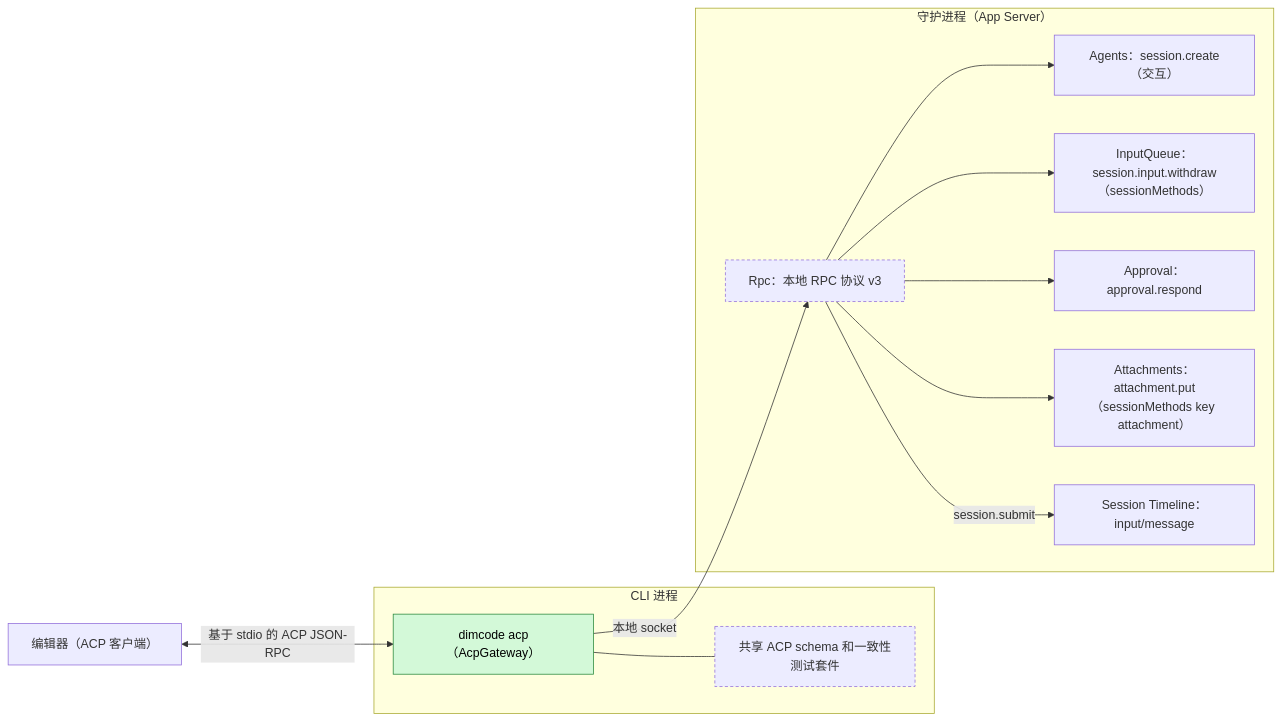
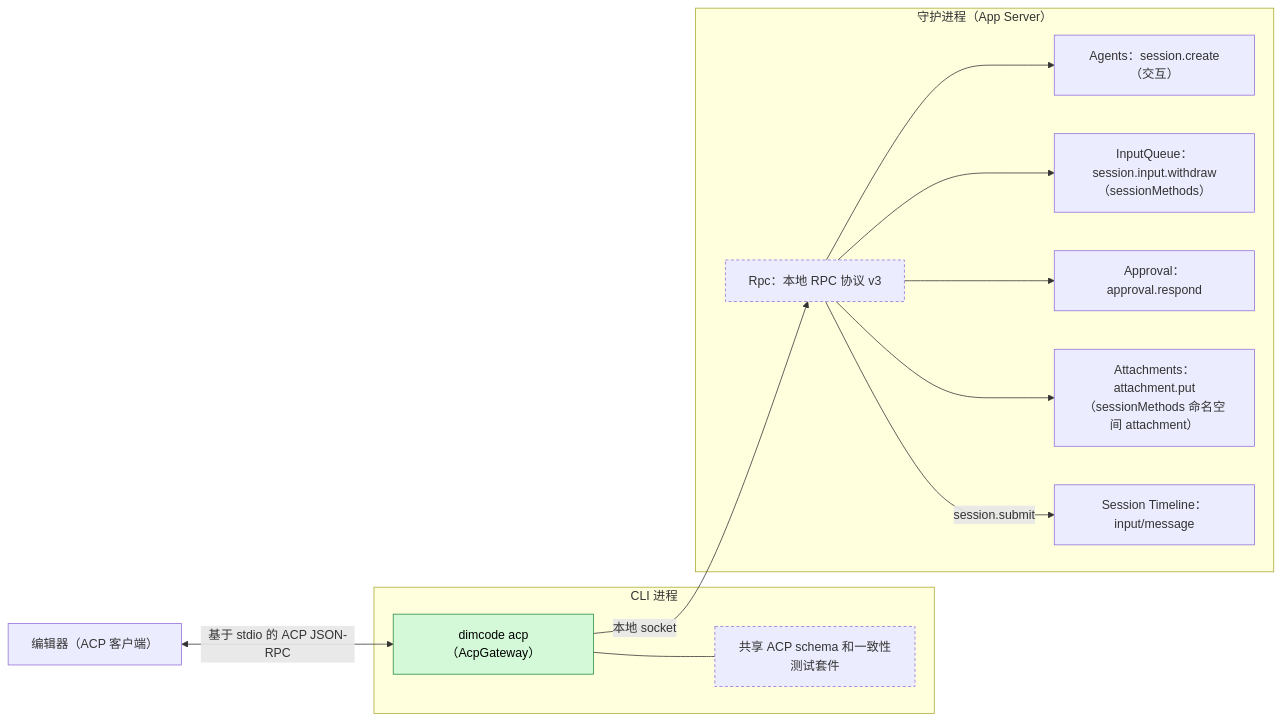
One commit to CoutinhoTTS/dim-agent changed the first of 5 diagrams in docs/zh/design/plugins/AcpGateway.md. Above: the diagram before and after it, drawn with Mermaid. The commit also changed other lines of this file and 163 other files, not shown here.

````diff
--- a/docs/zh/design/plugins/AcpGateway.md
+++ b/docs/zh/design/plugins/AcpGateway.md
@@ -9,26 +9,26 @@
 ```mermaid
 flowchart LR
   classDef new fill:#d3f9d8,stroke:#2b8a3e,color:#000
   classDef contract stroke-dasharray:4 3
   Editor["编辑器（ACP 客户端）"]
   subgraph cli["CLI 进程"]
     GW["dimcode acp（AcpGateway）"]:::new
     Schema["共享 ACP schema 和一致性测试套件"]:::contract
   end
   subgraph daemon["守护进程（App Server）"]
     Rpc["Rpc：本地 RPC 协议 v3"]:::contract
     Agents["Agents：session.create（交互）"]
     IQ["InputQueue：session.input.withdraw（sessionMethods）"]
     Appr["Approval：approval.respond"]
-    Att["Attachments：attachment.put（sessionMethods key attachment）"]
+    Att["Attachments：attachment.put（sessionMethods 命名空间 attachment）"]
     TLD["Session Timeline：input/message"]
   end
   Editor <-->|"基于 stdio 的 ACP JSON-RPC"| GW
   GW --- Schema
   GW -->|"本地 socket"| Rpc
   Rpc --> Agents
   Rpc --> IQ
   Rpc --> Appr
   Rpc --> Att
   Rpc -->|"session.submit"| TLD
 ```
````
